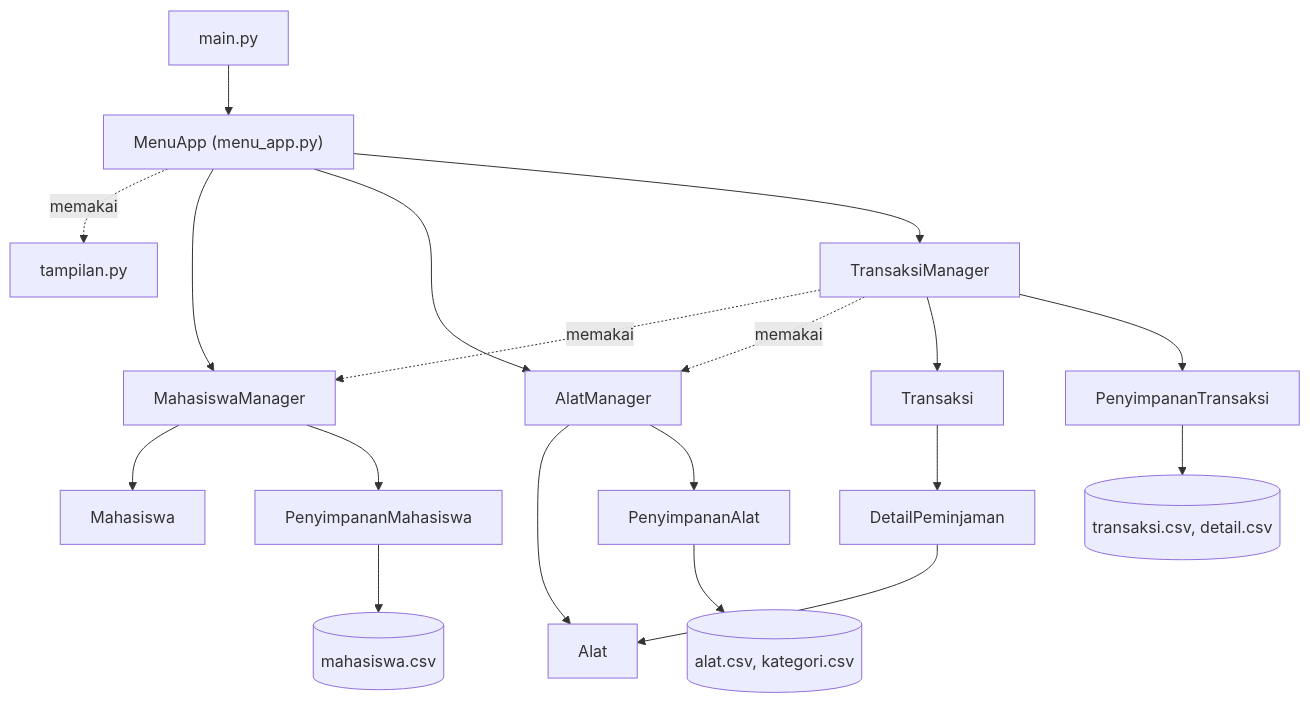
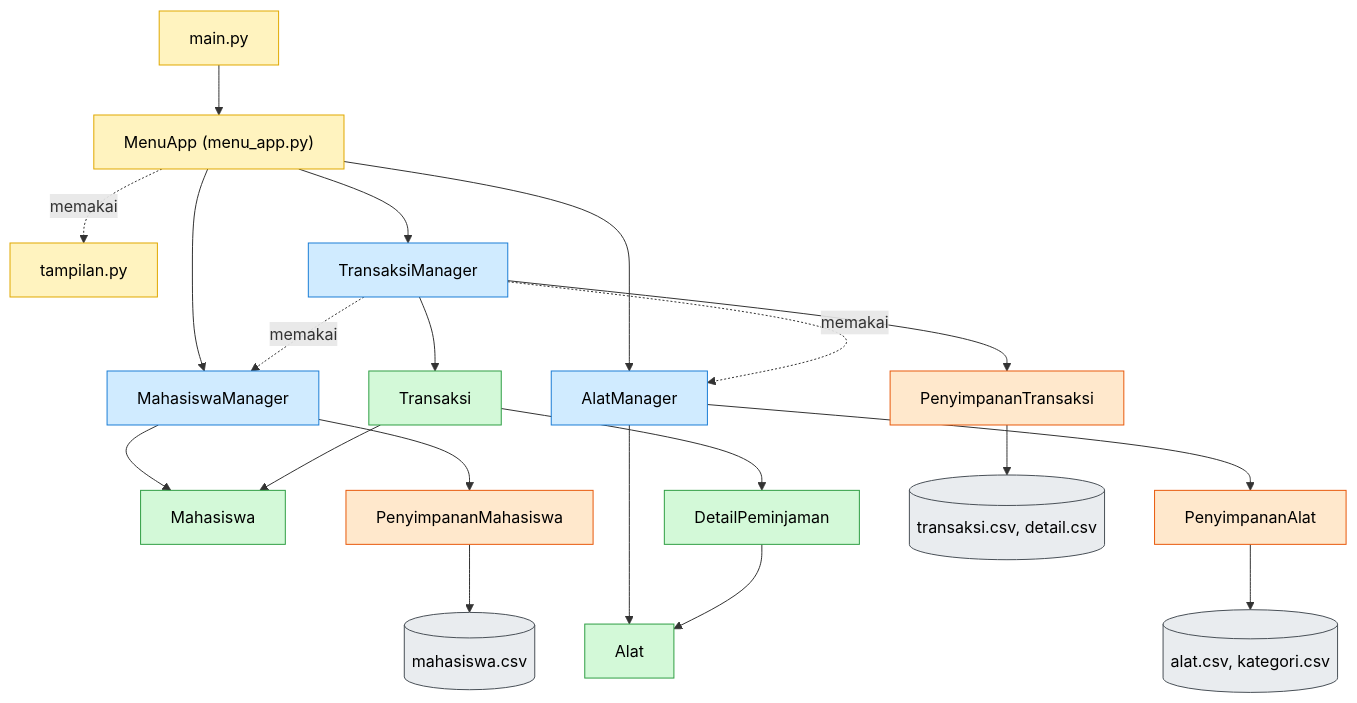
The diagram in readme.md (relzajaa/cobaaa), drawn with Mermaid before and after one commit. The commit also changed other lines of this file, not shown here.

````diff
--- a/readme.md
+++ b/readme.md
@@ -146,21 +165,33 @@
 ```mermaid
 flowchart TD
     A["main.py"] --> B["MenuApp (menu_app.py)"]
     B -. memakai .-> T["tampilan.py"]
     B --> M1["MahasiswaManager"]
     B --> M2["AlatManager"]
     B --> M3["TransaksiManager"]
     M3 -. memakai .-> M1
     M3 -. memakai .-> M2
     M1 --> D1["Mahasiswa"]
     M2 --> D2["Alat"]
     M3 --> D3["Transaksi"]
     D3 --> D4["DetailPeminjaman"]
     D4 --> D2
+    D3 --> D1
     M1 --> P1["PenyimpananMahasiswa"]
     M2 --> P2["PenyimpananAlat"]
     M3 --> P3["PenyimpananTransaksi"]
     P1 --> C1[("mahasiswa.csv")]
     P2 --> C2[("alat.csv, kategori.csv")]
     P3 --> C3[("transaksi.csv, detail.csv")]
+
+    classDef ui fill:#fff3bf,stroke:#e0a800,color:#000
+    classDef mgr fill:#d0ebff,stroke:#1c7ed6,color:#000
+    classDef dom fill:#d3f9d8,stroke:#2f9e44,color:#000
+    classDef sim fill:#ffe8cc,stroke:#e8590c,color:#000
+    classDef file fill:#e9ecef,stroke:#495057,color:#000
+    class A,B,T ui
+    class M1,M2,M3 mgr
+    class D1,D2,D3,D4 dom
+    class P1,P2,P3 sim
+    class C1,C2,C3 file
 ```
````
